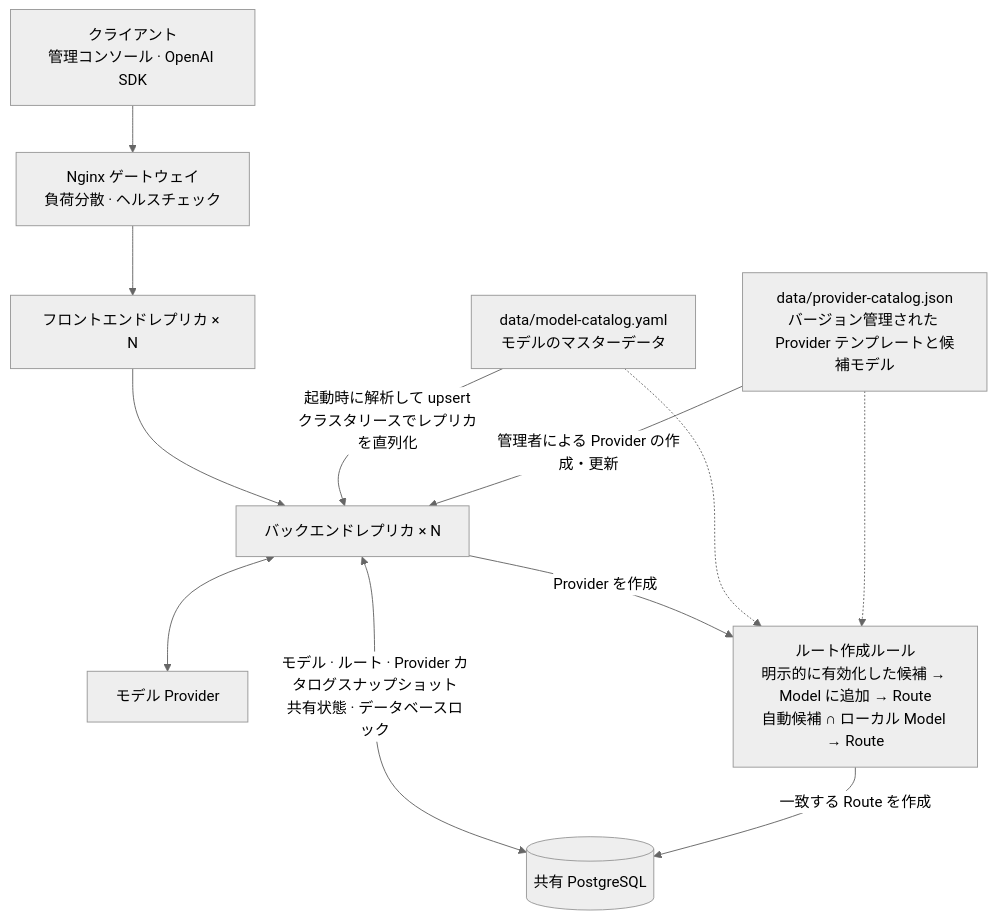
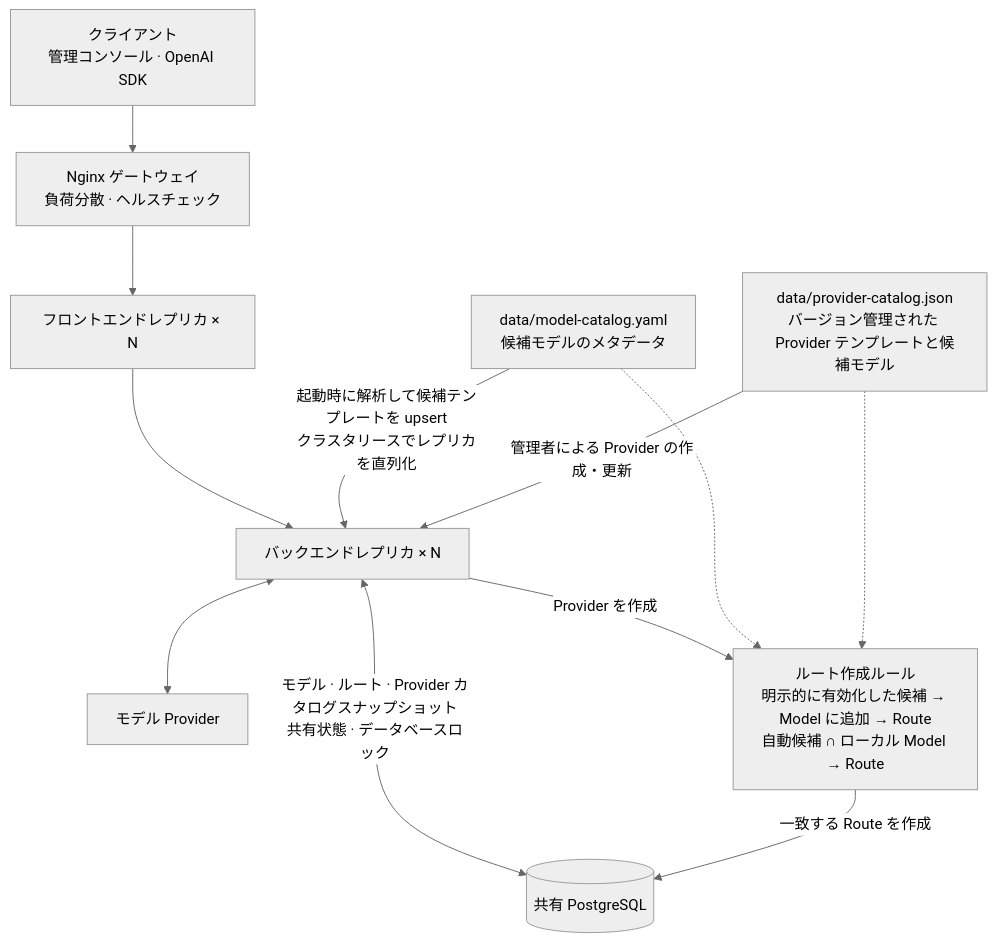
Before and after one commit to IIXINGCHEN/TokenHub: the diagram in docs/ja/deployment.md, drawn with Mermaid (neutral theme). The commit also changed other lines of this file and 30 other files, not shown here.

````diff
--- a/docs/ja/deployment.md
+++ b/docs/ja/deployment.md
@@ -53,16 +53,16 @@
 ```mermaid
 flowchart TB
     clients["クライアント<br/>管理コンソール · OpenAI SDK"] --> nginx["Nginx ゲートウェイ<br/>負荷分散 · ヘルスチェック"]
     nginx --> frontend["フロントエンドレプリカ × N"]
     frontend --> backend["バックエンドレプリカ × N"]
     backend <--> providers["モデル Provider"]
 
-    local["data/model-catalog.yaml<br/>モデルのマスターデータ"] -->|"起動時に解析して upsert<br/>クラスタリースでレプリカを直列化"| backend
+    local["data/model-catalog.yaml<br/>候補モデルのメタデータ"] -->|"起動時に解析して候補テンプレートを upsert<br/>クラスタリースでレプリカを直列化"| backend
     providerCatalog["data/provider-catalog.json<br/>バージョン管理された Provider テンプレートと候補モデル"] -->|"管理者による Provider の作成・更新"| backend
     backend <-->|"モデル · ルート · Provider カタログスナップショット<br/>共有状態 · データベースロック"| postgres[("共有 PostgreSQL")]
 
     backend -->|"Provider を作成"| rule["ルート作成ルール<br/>明示的に有効化した候補 → Model に追加 → Route<br/>自動候補 ∩ ローカル Model → Route"]
     local -.-> rule
     providerCatalog -.-> rule
     rule -->|"一致する Route を作成"| postgres
 ```
````
